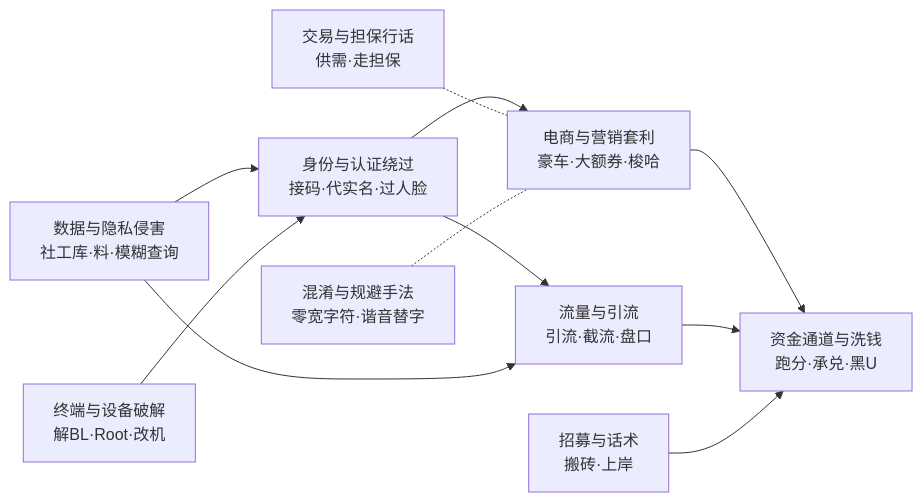
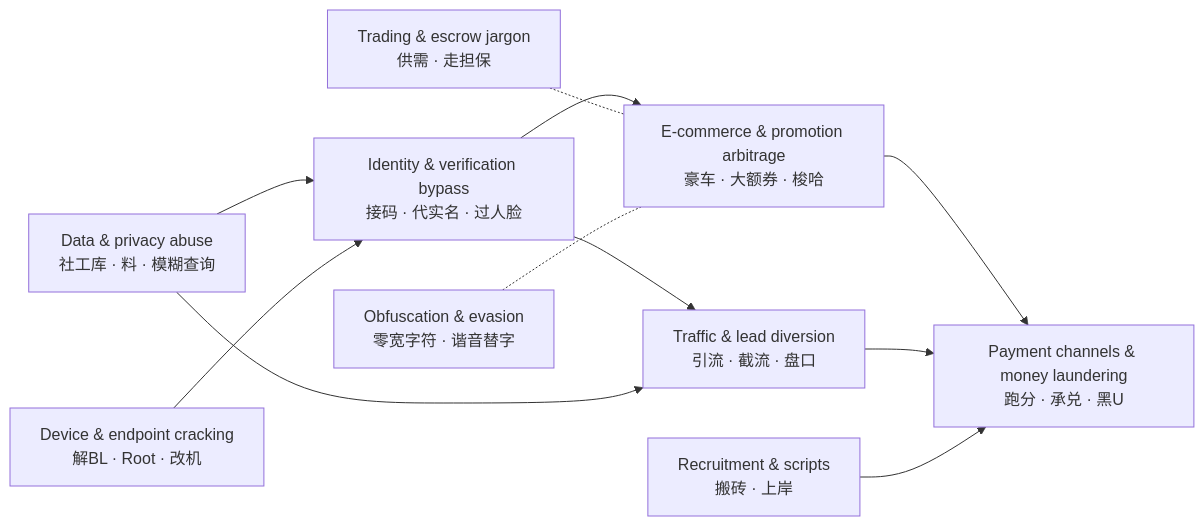
Before and after one commit to jshdcn/underground-slang-lexicon: the diagram in README.md, drawn with Mermaid. The commit also changed other lines of this file and 5 other files, not shown here.

````diff
--- a/README.md
+++ b/README.md
@@ -123,13 +119,13 @@
 ```mermaid
 graph LR
-  A["数据与隐私侵害<br/>社工库·料·模糊查询"] --> B["身份与认证绕过<br/>接码·代实名·过人脸"]
-  C["终端与设备破解<br/>解BL·Root·改机"] --> B
-  B --> D["电商与营销套利<br/>豪车·大额券·梭哈"]
-  B --> E["流量与引流<br/>引流·截流·盘口"]
+  A["Data & privacy abuse<br/>社工库 · 料 · 模糊查询"] --> B["Identity & verification bypass<br/>接码 · 代实名 · 过人脸"]
+  C["Device & endpoint cracking<br/>解BL · Root · 改机"] --> B
+  B --> D["E-commerce & promotion arbitrage<br/>豪车 · 大额券 · 梭哈"]
+  B --> E["Traffic & lead diversion<br/>引流 · 截流 · 盘口"]
   A --> E
-  D --> F["资金通道与洗钱<br/>跑分·承兑·黑U"]
+  D --> F["Payment channels & money laundering<br/>跑分 · 承兑 · 黑U"]
   E --> F
-  G["交易与担保行话<br/>供需·走担保"] -.- D
-  H["混淆与规避手法<br/>零宽字符·谐音替字"] -.- D
-  I["招募与话术<br/>搬砖·上岸"] --> F
+  G["Trading & escrow jargon<br/>供需 · 走担保"] -.- D
+  H["Obfuscation & evasion<br/>零宽字符 · 谐音替字"] -.- D
+  I["Recruitment & scripts<br/>搬砖 · 上岸"] --> F
 ```
````
